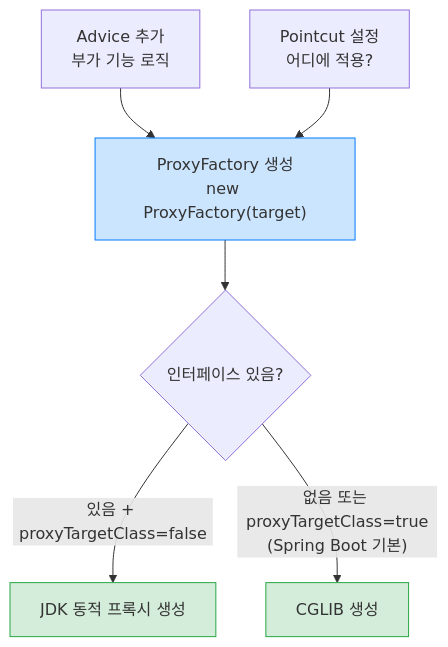
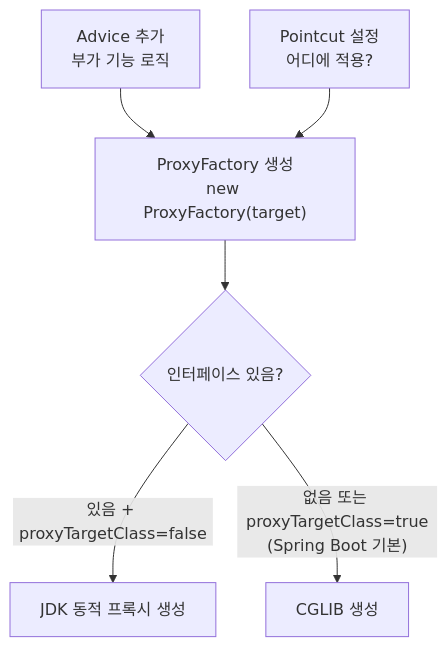
The fourth of 11 diagrams in _posts/spring/2026-05-02-spring-core-advanced.md (yjkim2015/yjkim2015.github.io), drawn with Mermaid before and after one commit. The commit also changed other lines of this file and 215 other files, not shown here.

First line of the commit message:
신규 포스트 10개 추가 + Mermaid 전면 축소 + SystemDesign 시리즈 보강

````diff
--- a/_posts/spring/2026-05-02-spring-core-advanced.md
+++ b/_posts/spring/2026-05-02-spring-core-advanced.md
@@ -269,14 +253,8 @@
 ```mermaid
 flowchart TD
     A["ProxyFactory 생성\nnew ProxyFactory(target)"] --> B{"인터페이스 있음?"}
     B -->|"있음 + proxyTargetClass=false"| C["JDK 동적 프록시 생성"]
     B -->|"없음 또는 proxyTargetClass=true\n(Spring Boot 기본)"| D["CGLIB 생성"]
-
     E["Advice 추가\n부가 기능 로직"] --> A
     F["Pointcut 설정\n어디에 적용?"] --> A
-
-    classDef green fill:#d4edda,stroke:#28a745
-    classDef blue fill:#cce5ff,stroke:#007bff
-    class C,D green
-    class A blue
 ```
````
